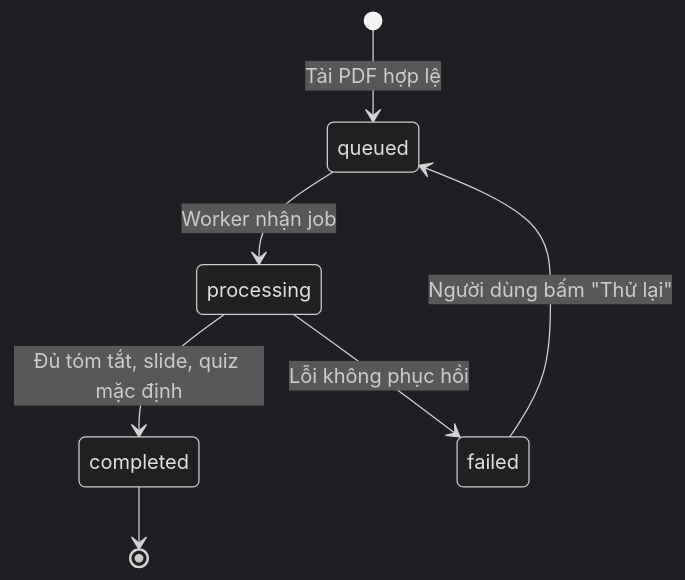
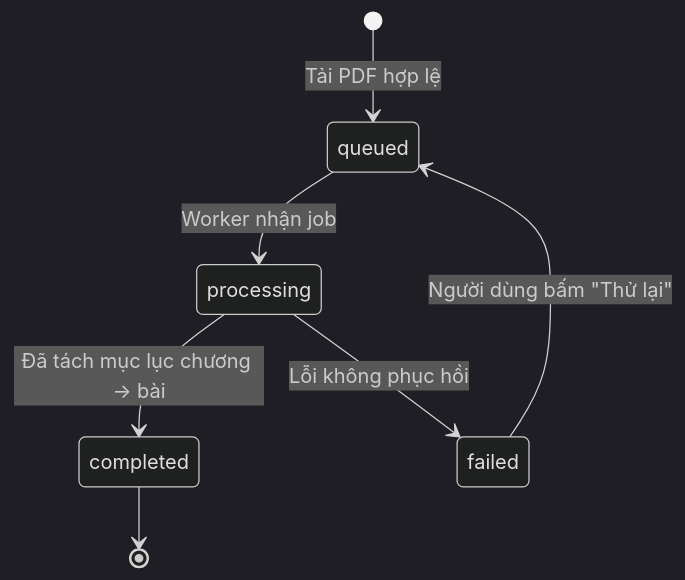
One commit to martlnz/Stugen changed the second of 2 diagrams in docs/design/data-model.md. Above: the diagram before and after it, drawn with Mermaid (dark theme). The commit also changed other lines of this file and 6 other files, not shown here.

````diff
--- a/docs/design/data-model.md
+++ b/docs/design/data-model.md
@@ -364,9 +433,9 @@
 ```mermaid
 stateDiagram-v2
     [*] --> queued: Tải PDF hợp lệ
     queued --> processing: Worker nhận job
-    processing --> completed: Đủ tóm tắt, slide, quiz mặc định
+    processing --> completed: Đã tách mục lục chương → bài
     processing --> failed: Lỗi không phục hồi
     failed --> queued: Người dùng bấm "Thử lại"
     completed --> [*]
 ```
````
